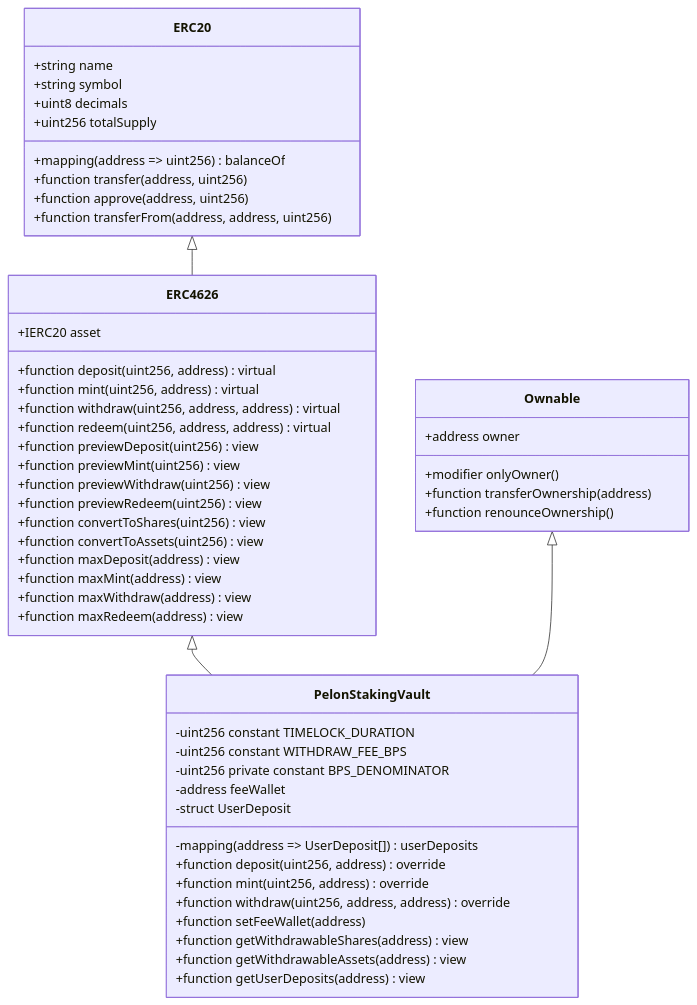
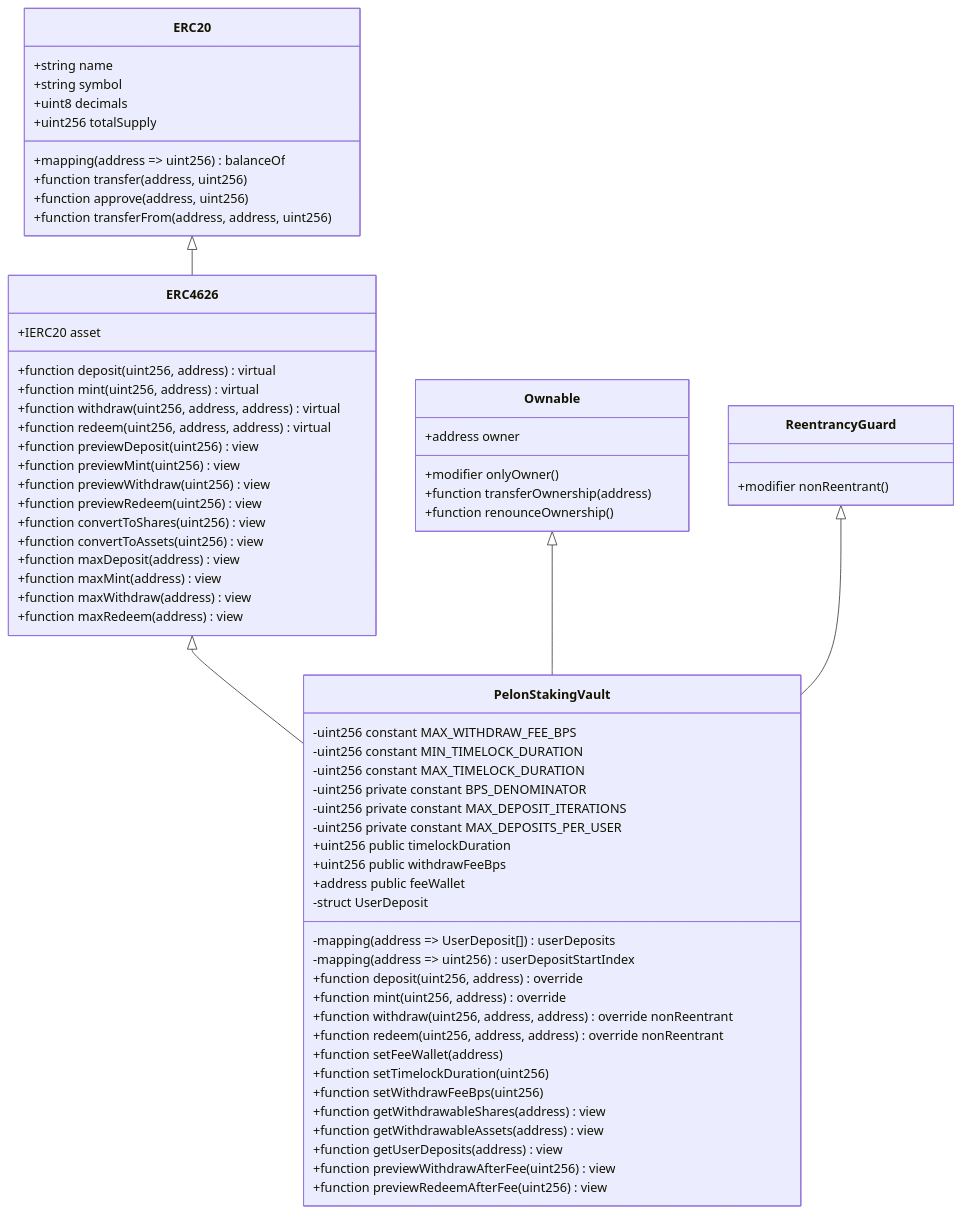
One commit to PelonClub/PelonClub-BaseNetwork-Monorepo changed the first of 7 diagrams in docs/en/pelon-staking-vault.md. Above: the diagram before and after it, drawn with Mermaid. The commit also changed other lines of this file and 11 other files, not shown here.

````diff
--- a/docs/en/pelon-staking-vault.md
+++ b/docs/en/pelon-staking-vault.md
@@ -15,58 +15,74 @@
 ```mermaid
 classDiagram
     class ERC20 {
         +string name
         +string symbol
         +uint8 decimals
         +uint256 totalSupply
         +mapping(address => uint256) balanceOf
         +function transfer(address, uint256)
         +function approve(address, uint256)
         +function transferFrom(address, address, uint256)
     }
     
     class ERC4626 {
         +IERC20 asset
         +function deposit(uint256, address) virtual
         +function mint(uint256, address) virtual
         +function withdraw(uint256, address, address) virtual
         +function redeem(uint256, address, address) virtual
         +function previewDeposit(uint256) view
         +function previewMint(uint256) view
         +function previewWithdraw(uint256) view
         +function previewRedeem(uint256) view
         +function convertToShares(uint256) view
         +function convertToAssets(uint256) view
         +function maxDeposit(address) view
         +function maxMint(address) view
         +function maxWithdraw(address) view
         +function maxRedeem(address) view
     }
     
     class Ownable {
         +address owner
         +modifier onlyOwner()
         +function transferOwnership(address)
         +function renounceOwnership()
     }
     
+    class ReentrancyGuard {
+        +modifier nonReentrant()
+    }
+    
     class PelonStakingVault {
-        -uint256 constant TIMELOCK_DURATION
-        -uint256 constant WITHDRAW_FEE_BPS
+        -uint256 constant MAX_WITHDRAW_FEE_BPS
+        -uint256 constant MIN_TIMELOCK_DURATION
+        -uint256 constant MAX_TIMELOCK_DURATION
         -uint256 private constant BPS_DENOMINATOR
-        -address feeWallet
+        -uint256 private constant MAX_DEPOSIT_ITERATIONS
+        -uint256 private constant MAX_DEPOSITS_PER_USER
+        +uint256 public timelockDuration
+        +uint256 public withdrawFeeBps
+        +address public feeWallet
         -struct UserDeposit
         -mapping(address => UserDeposit[]) userDeposits
+        -mapping(address => uint256) userDepositStartIndex
         +function deposit(uint256, address) override
         +function mint(uint256, address) override
-        +function withdraw(uint256, address, address) override
+        +function withdraw(uint256, address, address) override nonReentrant
+        +function redeem(uint256, address, address) override nonReentrant
         +function setFeeWallet(address)
+        +function setTimelockDuration(uint256)
+        +function setWithdrawFeeBps(uint256)
         +function getWithdrawableShares(address) view
         +function getWithdrawableAssets(address) view
         +function getUserDeposits(address) view
+        +function previewWithdrawAfterFee(uint256) view
+        +function previewRedeemAfterFee(uint256) view
     }
     
     ERC20 <|-- ERC4626
     ERC4626 <|-- PelonStakingVault
     Ownable <|-- PelonStakingVault
+    ReentrancyGuard <|-- PelonStakingVault
 ```
````
